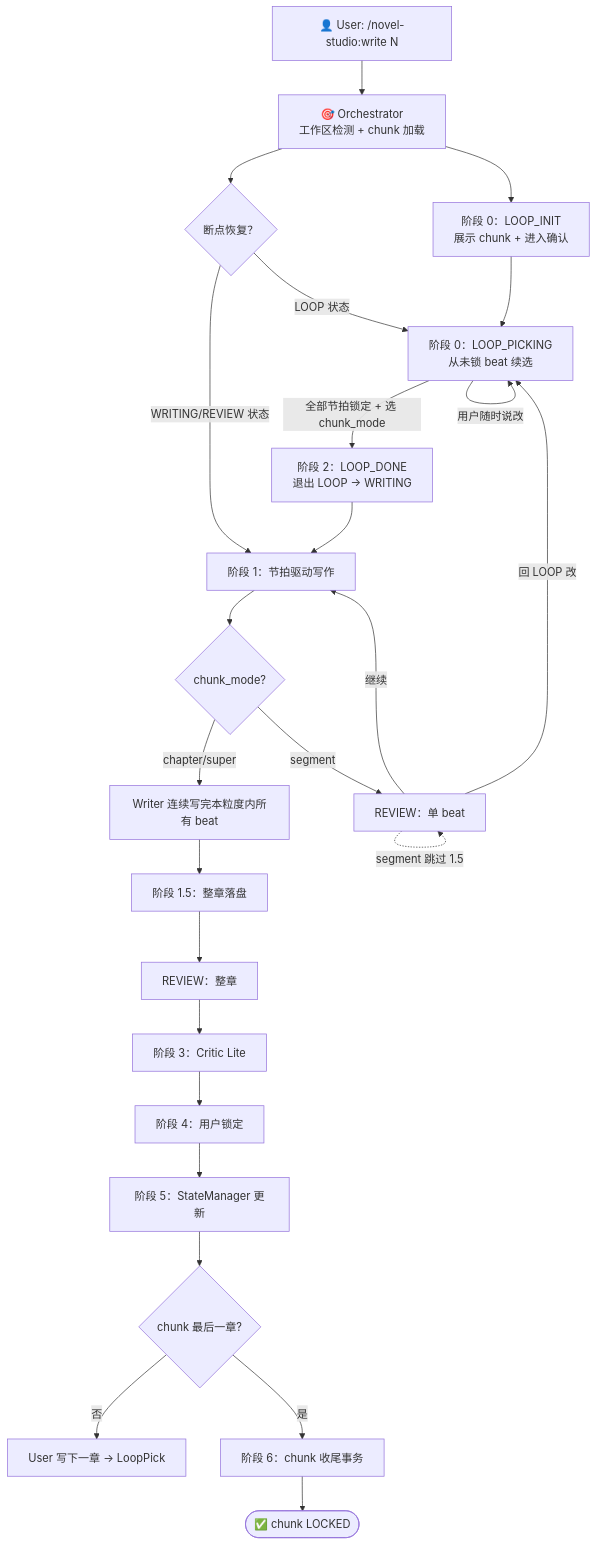
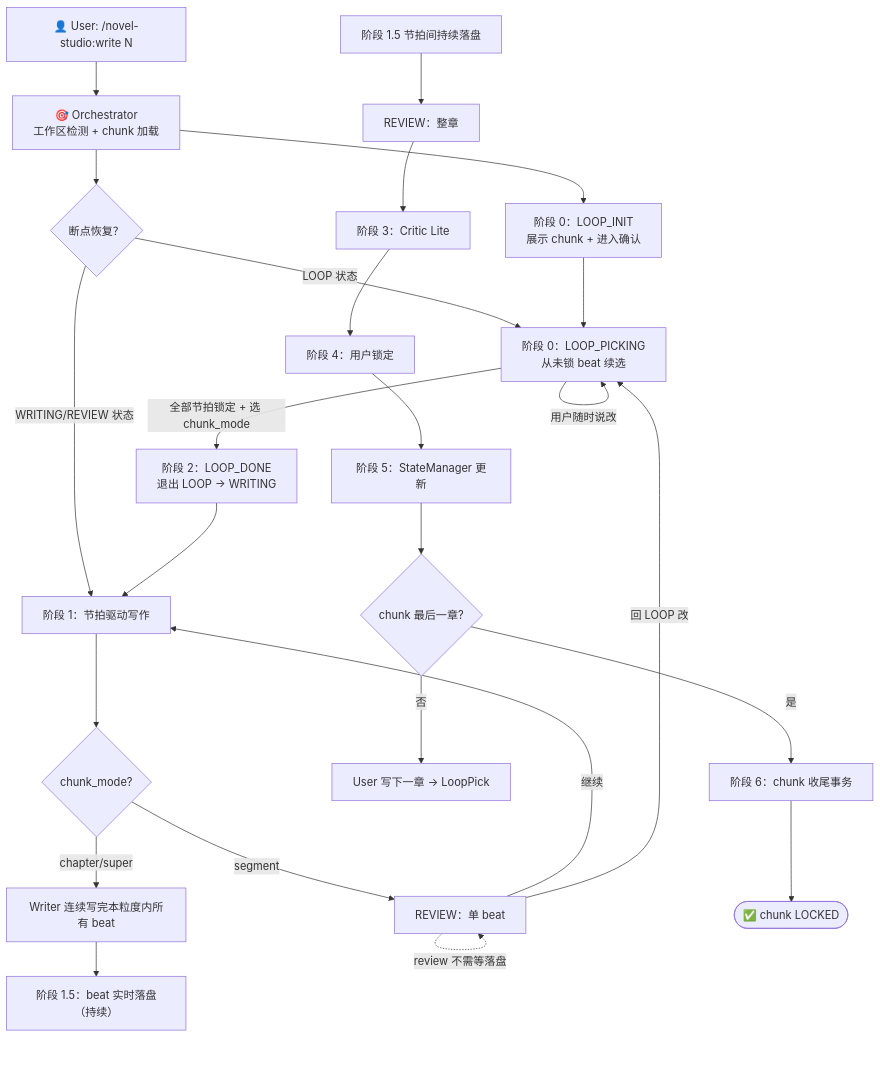
The diagram in workflow-specs/write-chapter.md (deathwhispers/novel-studio), drawn with Mermaid before and after one commit. The commit also changed other lines of this file and 4 other files, not shown here.

````diff
--- a/workflow-specs/write-chapter.md
+++ b/workflow-specs/write-chapter.md
@@ -10,38 +10,38 @@
 ```mermaid
 flowchart TD
     User["👤 User: /novel-studio:write N"]
     Orchestrator["🎯 Orchestrator<br/>工作区检测 + chunk 加载"]
 
     User --> Orchestrator
 
     Orchestrator --> LoopInit["阶段 0：LOOP_INIT<br/>展示 chunk + 进入确认"]
     Orchestrator --> Resume{"断点恢复？"}
     Resume -->|"LOOP 状态"| LoopPick["阶段 0：LOOP_PICKING<br/>从未锁 beat 续选"]
     Resume -->|"WRITING/REVIEW 状态"| Write["阶段 1：节拍驱动写作"]
 
     LoopInit --> LoopPick
     LoopPick -->|"全部节拍锁定 + 选 chunk_mode"| LoopDone["阶段 2：LOOP_DONE<br/>退出 LOOP → WRITING"]
     LoopPick -->|"用户随时说改"| LoopPick
 
     LoopDone --> Write
 
     Write --> SegmentCheck{"chunk_mode?"}
     SegmentCheck -->|"segment"| BeatReview["REVIEW：单 beat"]
     SegmentCheck -->|"chapter/super"| AutoContinue["Writer 连续写完本粒度内所有 beat"]
 
     BeatReview -->|"继续"| Write
     BeatReview -->|"回 LOOP 改"| LoopPick
 
-    AutoContinue --> ChapterSave["阶段 1.5：整章落盘"]
-    ChapterSave --> ChapterDone["REVIEW：整章"]
-    BeatReview -.->|"segment 跳过 1.5"| BeatReview
+    AutoContinue --> BeatSave["阶段 1.5：beat 实时落盘（持续）"]
+    ChapterSave["阶段 1.5 节拍间持续落盘"] --> ChapterDone["REVIEW：整章"]
+    BeatReview -.->|"review 不需等落盘"| BeatReview
     ChapterDone --> CriticLite["阶段 3：Critic Lite"]
     CriticLite --> Lock["阶段 4：用户锁定"]
     Lock --> StateUpdate["阶段 5：StateManager 更新"]
 
     StateUpdate --> ChapterEnd{"chunk 最后一章?"}
     ChapterEnd -->|"否"| UserNext["User 写下一章 → LoopPick"]
     ChapterEnd -->|"是"| ChunkClose["阶段 6：chunk 收尾事务"]
 
     ChunkClose --> Done(["✅ chunk LOCKED"])
 ```
````
